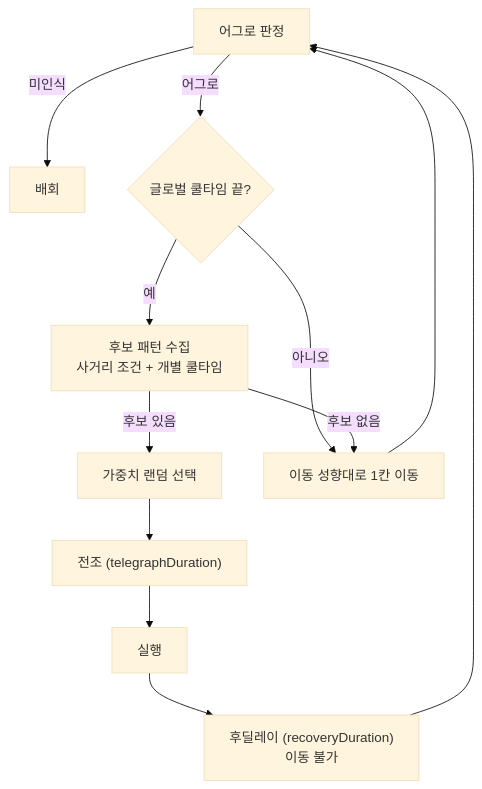
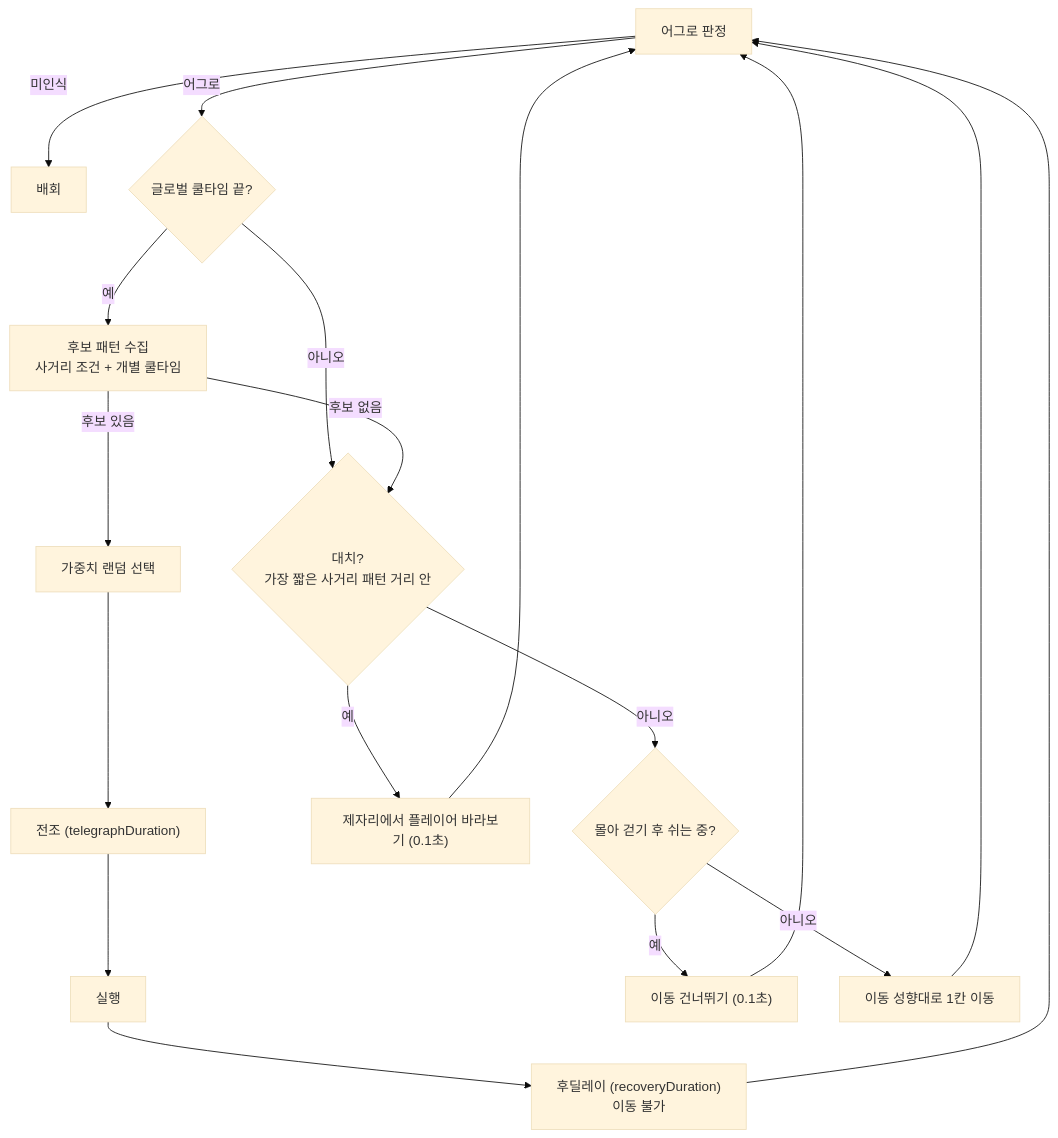
Before and after one commit to Jin-wuk/100-Bag-Back-Public: the diagram in Docs/GDD/Monster_AI.md, drawn with Mermaid (base theme). The commit also changed other lines of this file and 4 other files, not shown here.

````diff
--- a/Docs/GDD/Monster_AI.md
+++ b/Docs/GDD/Monster_AI.md
@@ -14,14 +14,20 @@
 ```mermaid
 flowchart TD
     A[어그로 판정] -->|미인식| P[배회]
     A -->|어그로| B{글로벌 쿨타임 끝?}
     B -->|예| C["후보 패턴 수집<br>사거리 조건 + 개별 쿨타임"]
     C -->|후보 있음| D[가중치 랜덤 선택]
     D --> E["전조 (telegraphDuration)"]
     E --> F[실행]
     F --> G["후딜레이 (recoveryDuration)<br>이동 불가"]
     G --> A
-    B -->|아니오| M[이동 성향대로 1칸 이동]
-    C -->|후보 없음| M
+    B -->|아니오| H{"대치?<br>가장 짧은 사거리 패턴 거리 안"}
+    C -->|후보 없음| H
+    H -->|예| W["제자리에서 플레이어 바라보기 (0.1초)"]
+    H -->|아니오| R{몰아 걷기 후 쉬는 중?}
+    R -->|예| W2["이동 건너뛰기 (0.1초)"]
+    R -->|아니오| M[이동 성향대로 1칸 이동]
+    W --> A
+    W2 --> A
     M --> A
 ```
````
